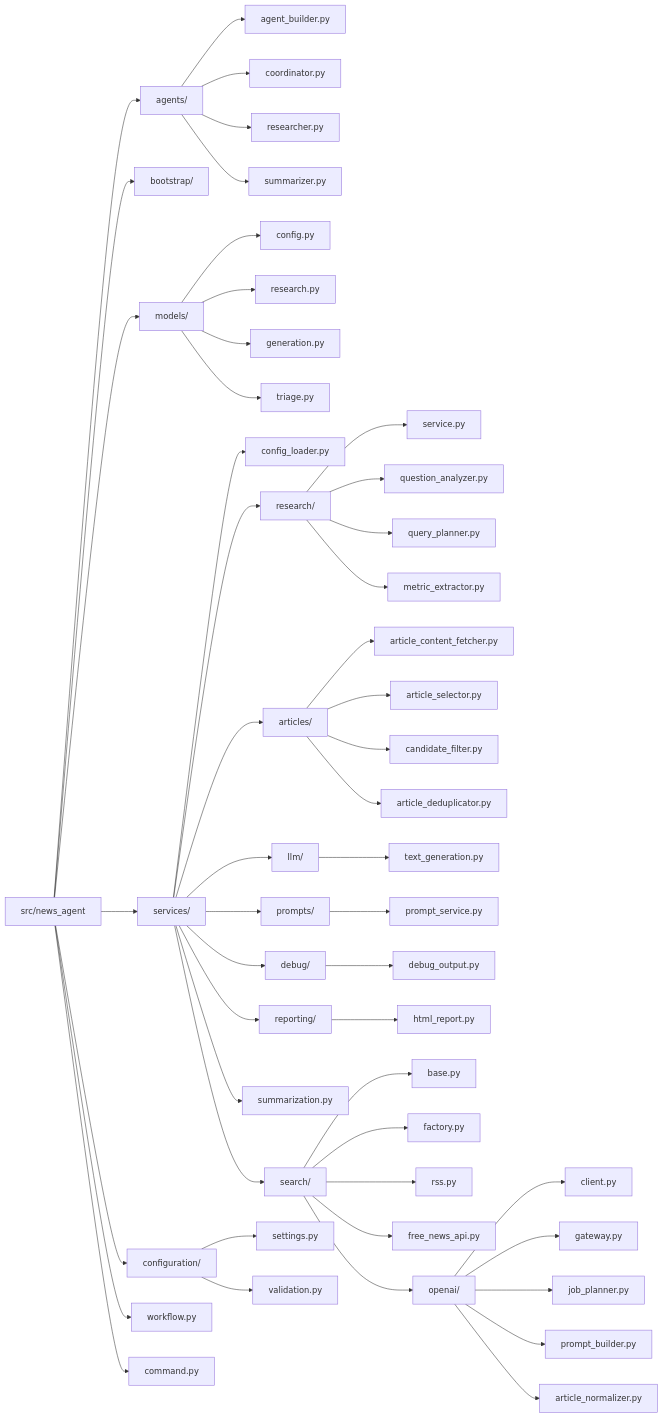
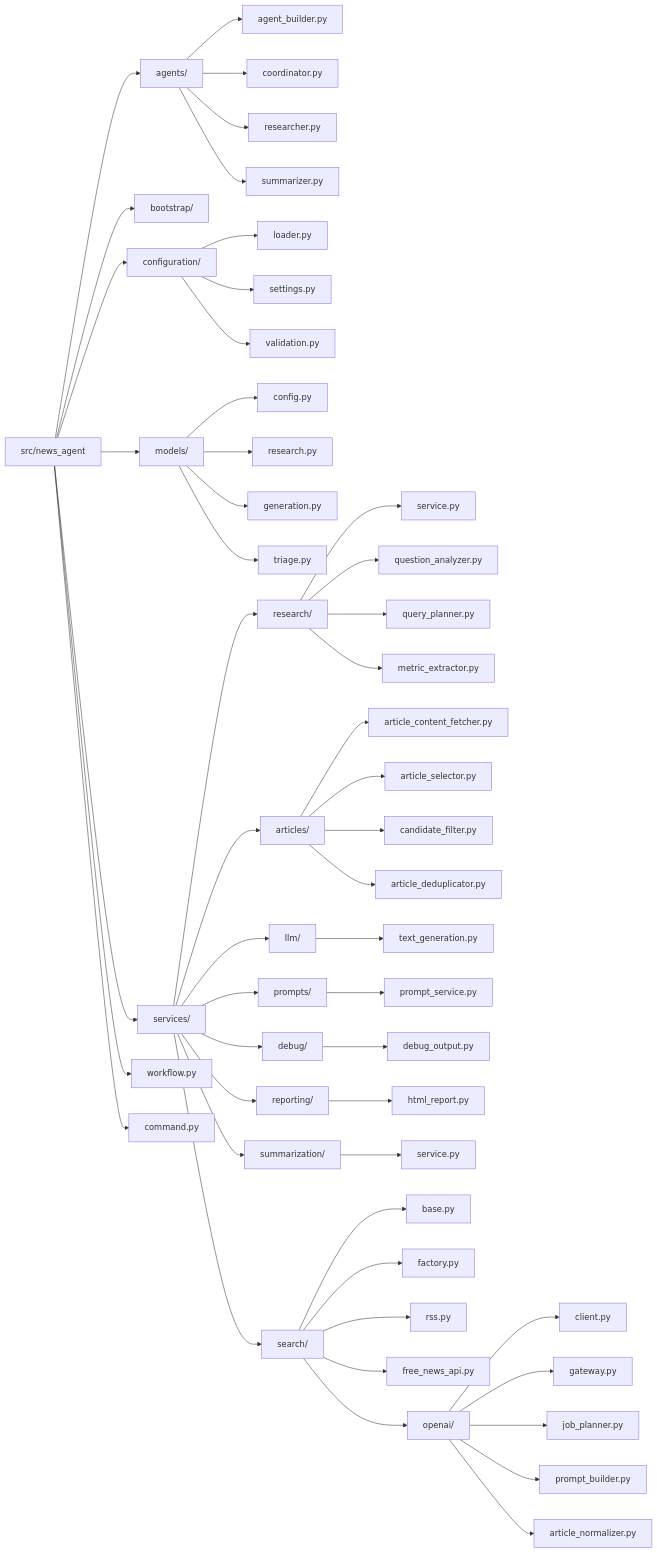
One commit to mouak-ayoub/news_agent changed the second of 5 diagrams in docs/ARCHITECTURE.md. Above: the diagram before and after it, drawn with Mermaid. The commit also changed other lines of this file and 41 other files, not shown here.

Commit message:
refactor: reorganize service packages and centralize config settings

````diff
--- a/docs/ARCHITECTURE.md
+++ b/docs/ARCHITECTURE.md
@@ -40,60 +40,61 @@
 ```mermaid
 flowchart LR
     Root["src/news_agent"] --> Agents["agents/"]
     Root --> Bootstrap["bootstrap/"]
     Root --> Configuration["configuration/"]
     Root --> Models["models/"]
     Root --> Services["services/"]
     Root --> Workflow["workflow.py"]
     Root --> Command["command.py"]
 
     Agents --> AB["agent_builder.py"]
     Agents --> CO["coordinator.py"]
     Agents --> RE["researcher.py"]
     Agents --> SU["summarizer.py"]
 
     Models --> MC["config.py"]
     Models --> MR["research.py"]
     Models --> MG["generation.py"]
     Models --> MT["triage.py"]
 
-    Services --> CL["config_loader.py"]
+    Configuration --> CL["loader.py"]
     Services --> ResearchPkg["research/"]
     Services --> ArticlesPkg["articles/"]
     Services --> LLMPkg["llm/"]
     Services --> PromptsPkg["prompts/"]
     Services --> DebugPkg["debug/"]
     Services --> ReportingPkg["reporting/"]
-    Services --> SM["summarization.py"]
+    Services --> SummarizationPkg["summarization/"]
     Services --> Search["search/"]
 
     Configuration --> Settings["settings.py"]
     Configuration --> Validation["validation.py"]
 
     ResearchPkg --> RS["service.py"]
     ResearchPkg --> QA["question_analyzer.py"]
     ResearchPkg --> QP["query_planner.py"]
     ResearchPkg --> MX["metric_extractor.py"]
 
     ArticlesPkg --> ACF["article_content_fetcher.py"]
     ArticlesPkg --> AS["article_selector.py"]
     ArticlesPkg --> CF["candidate_filter.py"]
     ArticlesPkg --> AD["article_deduplicator.py"]
 
     LLMPkg --> TG["text_generation.py"]
     PromptsPkg --> PS["prompt_service.py"]
     DebugPkg --> DO["debug_output.py"]
     ReportingPkg --> RP["html_report.py"]
+    SummarizationPkg --> SM["service.py"]
 
     Search --> SB["base.py"]
     Search --> SF["factory.py"]
     Search --> SR["rss.py"]
     Search --> SN["free_news_api.py"]
     Search --> OpenAI["openai/"]
 
     OpenAI --> SO["client.py"]
     OpenAI --> GW["gateway.py"]
     OpenAI --> JP["job_planner.py"]
     OpenAI --> PB["prompt_builder.py"]
     OpenAI --> ON["article_normalizer.py"]
 ```
````
